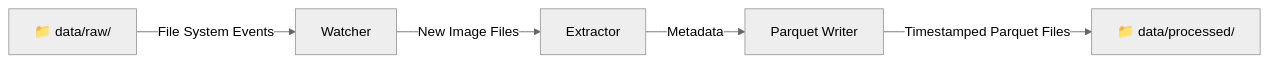
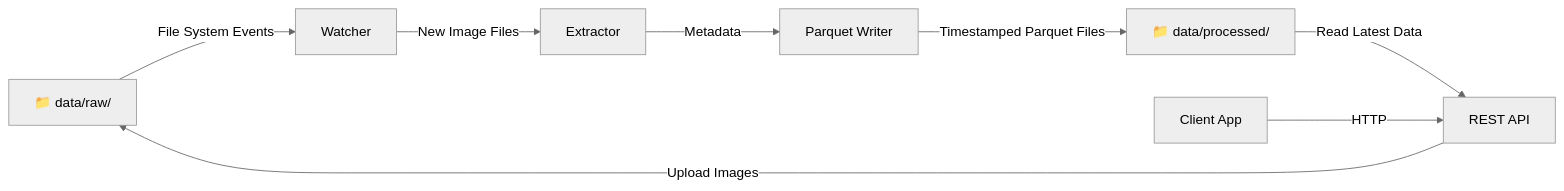
Before and after one commit to sudoblark/sudoblark.ai.bookshelf-demo: the first of 3 diagrams in docs/architecture.md, drawn with Mermaid (neutral theme). The commit also changed other lines of this file and 8 other files, not shown here.

````diff
--- a/docs/architecture.md
+++ b/docs/architecture.md
@@ -12,7 +12,11 @@
 ```mermaid
 graph LR
     A["📁 data/raw/"] -->|File System Events| B["Watcher"]
     B -->|New Image Files| C["Extractor"]
     C -->|Metadata| D["Parquet Writer"]
     D -->|Timestamped Parquet Files| E["📁 data/processed/"]
+    
+    F["REST API"] -->|Upload Images| A
+    E -->|Read Latest Data| F
+    G["Client App"] -->|HTTP| F
 ```
````
